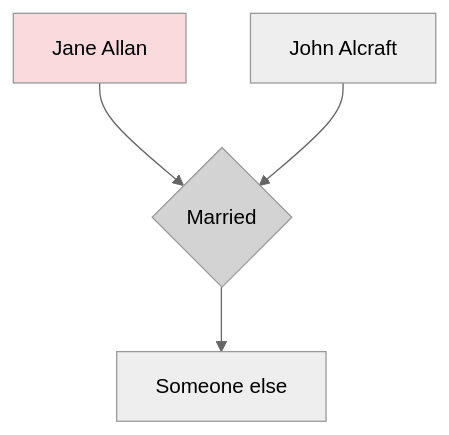
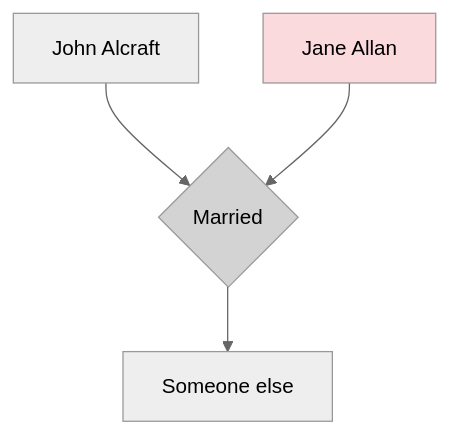
The diagram in docs/index.md (RachelAlcraft/family-tree), drawn with Mermaid (neutral theme) before and after one commit.

````diff
--- a/docs/index.md
+++ b/docs/index.md
@@ -6,12 +6,13 @@
 ``` mermaid
 flowchart TD  
-  JA1[Jane Allan] --> JAJA{Married};
-  JA2[John Alcraft] --> JAJA{Married};
-  JAJA -->D[Someone else];  
-  style JA1 fill:#FADADD
-  click JA1 "jones.md" "JA1"
-  style JA2 fill:##90d5ff
-  click JA2 "jones.md" "JA2"
-  style JAJA fill:#D3D3D3
+JA1[John Alcraft] --> JAJA{Married};
+JA2[Jane Allan] --> JAJA{Married};  
+JAJA -->D[Someone else];  
+style JAJA fill:#D3D3D3
+style JA1 fill:##90d5ff
+click JA1 "jones.md" "JA2"
+style JA2 fill:#FADADD
+click JA2 "jones.md" "JA1"
+
 
 ```
````
